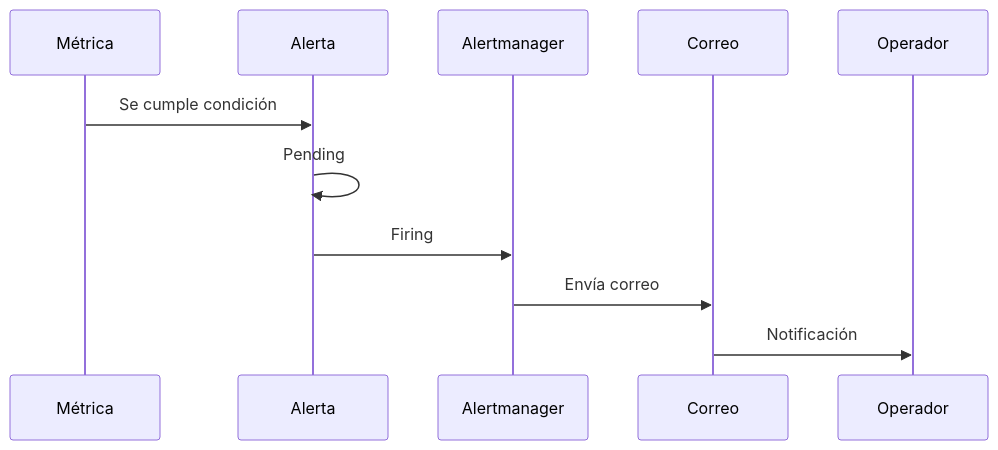
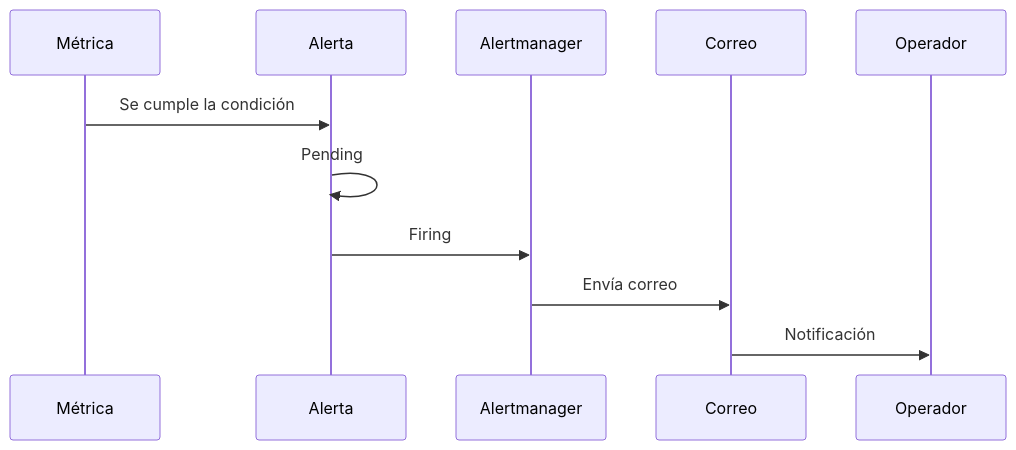
Before and after one commit to ieftraining/curso-openshift: the eighth of 9 diagrams in docs/sesion3/3.3 Alertas.md, drawn with Mermaid. The commit also changed other lines of this file, not shown here.

````diff
--- a/docs/sesion3/3.3 Alertas.md
+++ b/docs/sesion3/3.3 Alertas.md
@@ -294,14 +257,13 @@
 ```mermaid
 sequenceDiagram
     participant M as Métrica
     participant A as Alerta
     participant AM as Alertmanager
     participant E as Correo
     participant O as Operador
-
-    M->>A: Se cumple condición
+    M->>A: Se cumple la condición
     A->>A: Pending
     A->>AM: Firing
     AM->>E: Envía correo
     E->>O: Notificación
 ```
````
